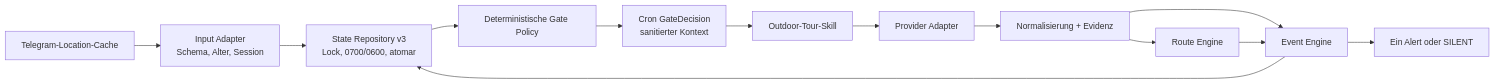
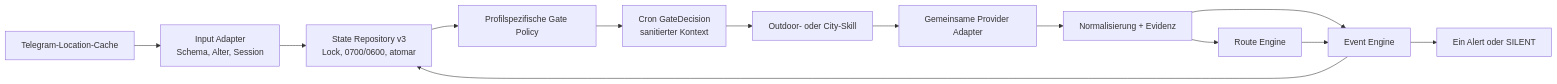
One commit to MaikD77/hermes-tour-assistant changed the diagram in README.md. Above: the diagram before and after it, drawn with Mermaid. The commit also changed other lines of this file and 35 other files, not shown here.

````diff
--- a/README.md
+++ b/README.md
@@ -37,15 +55,15 @@
 ```mermaid
 flowchart LR
     T["Telegram-Location-Cache"] --> I["Input Adapter<br/>Schema, Alter, Session"]
     I --> S["State Repository v3<br/>Lock, 0700/0600, atomar"]
-    S --> G["Deterministische Gate Policy"]
+    S --> G["Profilspezifische Gate Policy"]
     G --> C["Cron GateDecision<br/>sanitierter Kontext"]
-    C --> A["Outdoor-Tour-Skill"]
-    A --> P["Provider Adapter"]
+    C --> A["Outdoor- oder City-Skill"]
+    A --> P["Gemeinsame Provider Adapter"]
     P --> N["Normalisierung + Evidenz"]
     N --> R["Route Engine"]
     N --> E["Event Engine"]
     R --> E
     E --> O["Ein Alert oder SILENT"]
     E --> S
 ```
````
